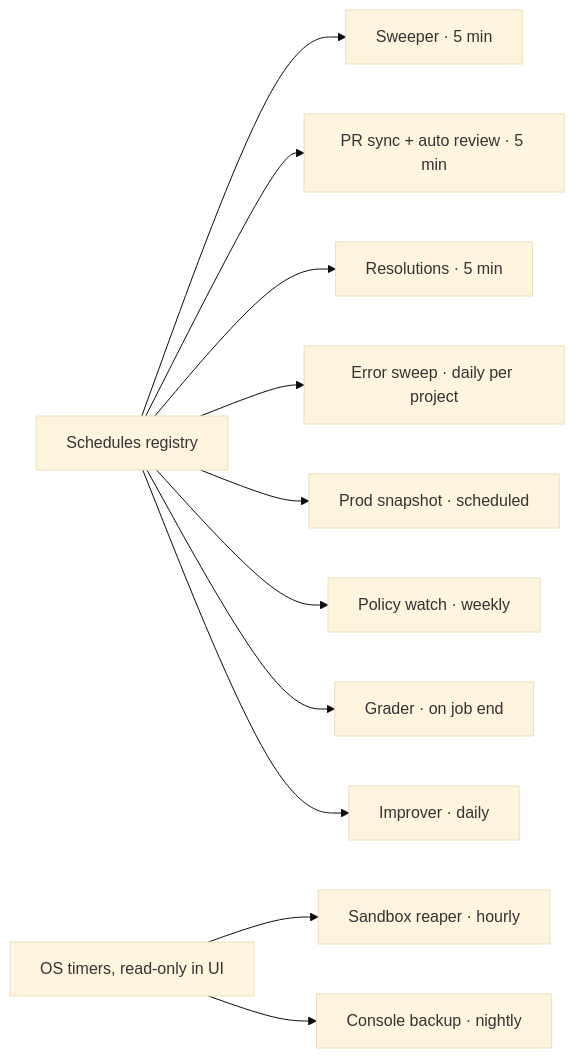
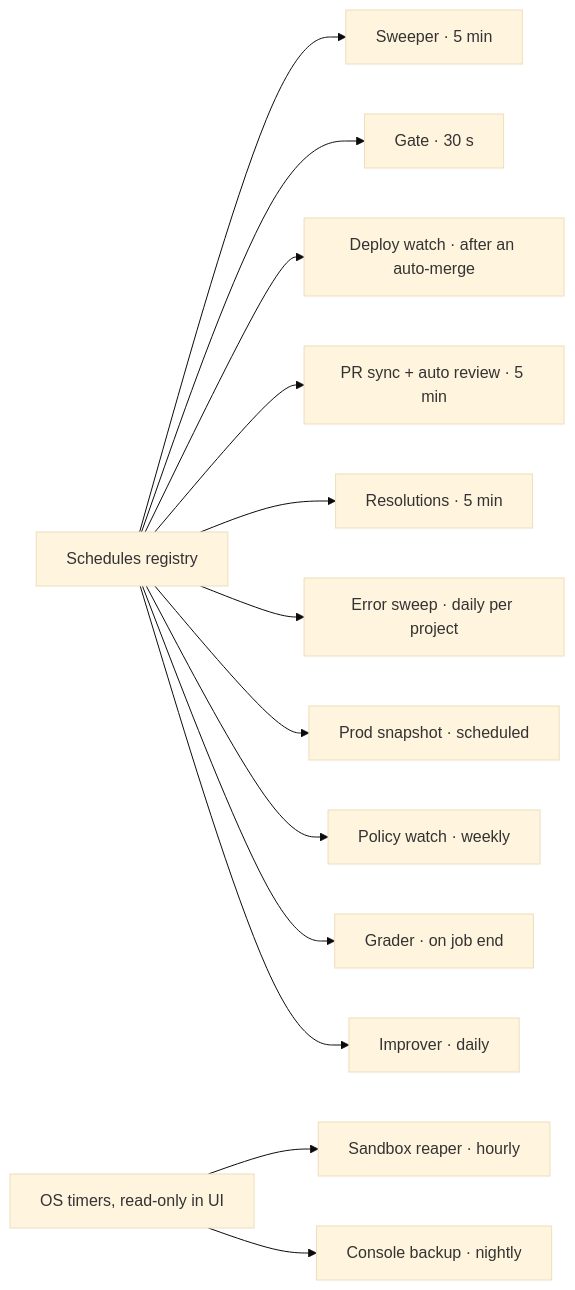
The first of 2 diagrams in docs/09-scheduled-work.md (alairock/agent-console-spec), drawn with Mermaid (base theme) before and after one commit. The commit also changed other lines of this file and 16 other files, not shown here.

````diff
--- a/docs/09-scheduled-work.md
+++ b/docs/09-scheduled-work.md
@@ -22,13 +22,15 @@
 ```mermaid
 flowchart LR
   REG[Schedules registry] --> SW[Sweeper · 5 min]
+  REG --> GT[Gate · 30 s]
+  REG --> DW[Deploy watch · after an auto-merge]
   REG --> PR[PR sync + auto review · 5 min]
   REG --> RES[Resolutions · 5 min]
   REG --> ES[Error sweep · daily per project]
   REG --> SN[Prod snapshot · scheduled]
   REG --> PW[Policy watch · weekly]
   REG --> GR[Grader · on job end]
   REG --> IM[Improver · daily]
   OS[OS timers, read-only in UI] --> RP[Sandbox reaper · hourly]
   OS --> BK[Console backup · nightly]
 ```
````
